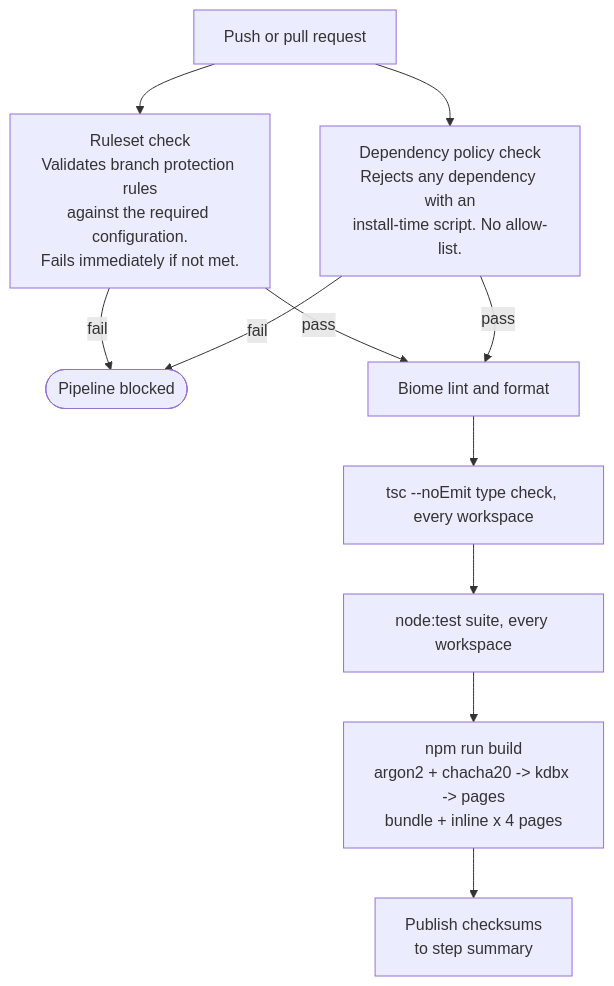
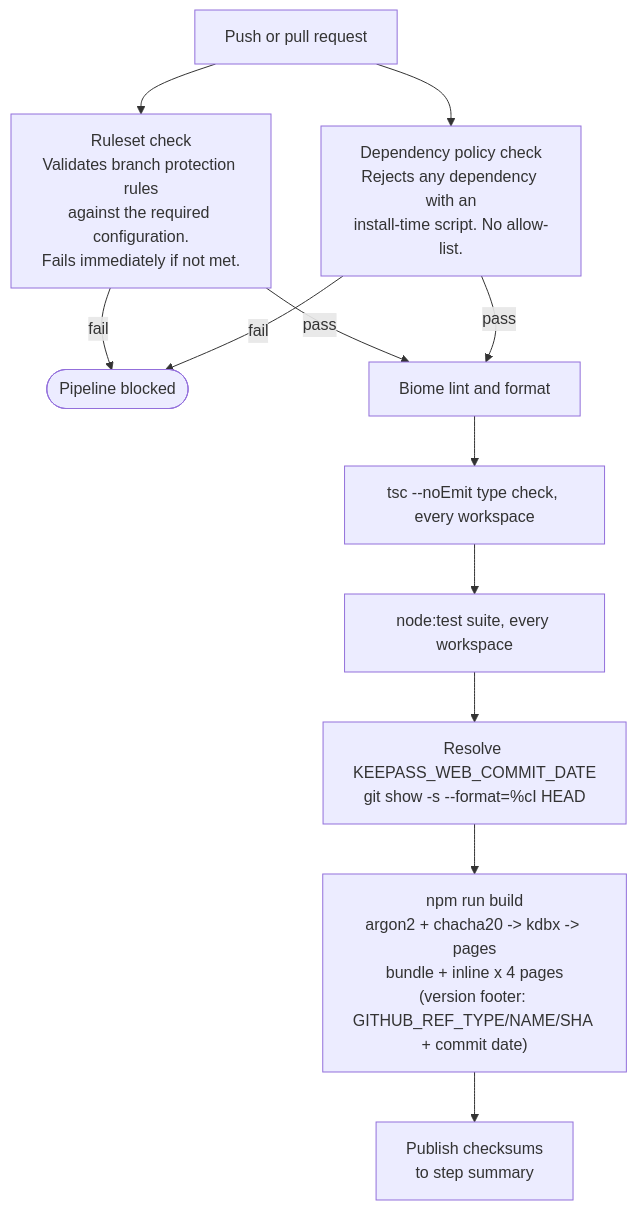
One commit to keepass-web/source-application changed the second of 4 diagrams in docs/PIPELINE.md. Above: the diagram before and after it, drawn with Mermaid. The commit also changed other lines of this file and 15 other files, not shown here.

Commit message:
feat(build):show build version on distributables

````diff
--- a/docs/PIPELINE.md
+++ b/docs/PIPELINE.md
@@ -76,14 +76,15 @@
 ```mermaid
 flowchart TD
     E["Push or pull request"]
     E --> RULE["Ruleset check\nValidates branch protection rules\nagainst the required configuration.\nFails immediately if not met."]
     E --> DEP["Dependency policy check\nRejects any dependency with an\ninstall-time script. No allow-list."]
     RULE -->|fail| STOP(["Pipeline blocked"])
     DEP -->|fail| STOP
     RULE -->|pass| LINT["Biome lint and format"]
     DEP -->|pass| LINT
     LINT --> TC["tsc --noEmit type check, every workspace"]
     TC --> TEST["node:test suite, every workspace"]
-    TEST --> BUILD["npm run build\nargon2 + chacha20 -> kdbx -> pages\nbundle + inline x 4 pages"]
+    TEST --> DATE["Resolve KEEPASS_WEB_COMMIT_DATE\ngit show -s --format=%cI HEAD"]
+    DATE --> BUILD["npm run build\nargon2 + chacha20 -> kdbx -> pages\nbundle + inline x 4 pages\n(version footer: GITHUB_REF_TYPE/NAME/SHA + commit date)"]
     BUILD --> SUM["Publish checksums\nto step summary"]
 ```
````
